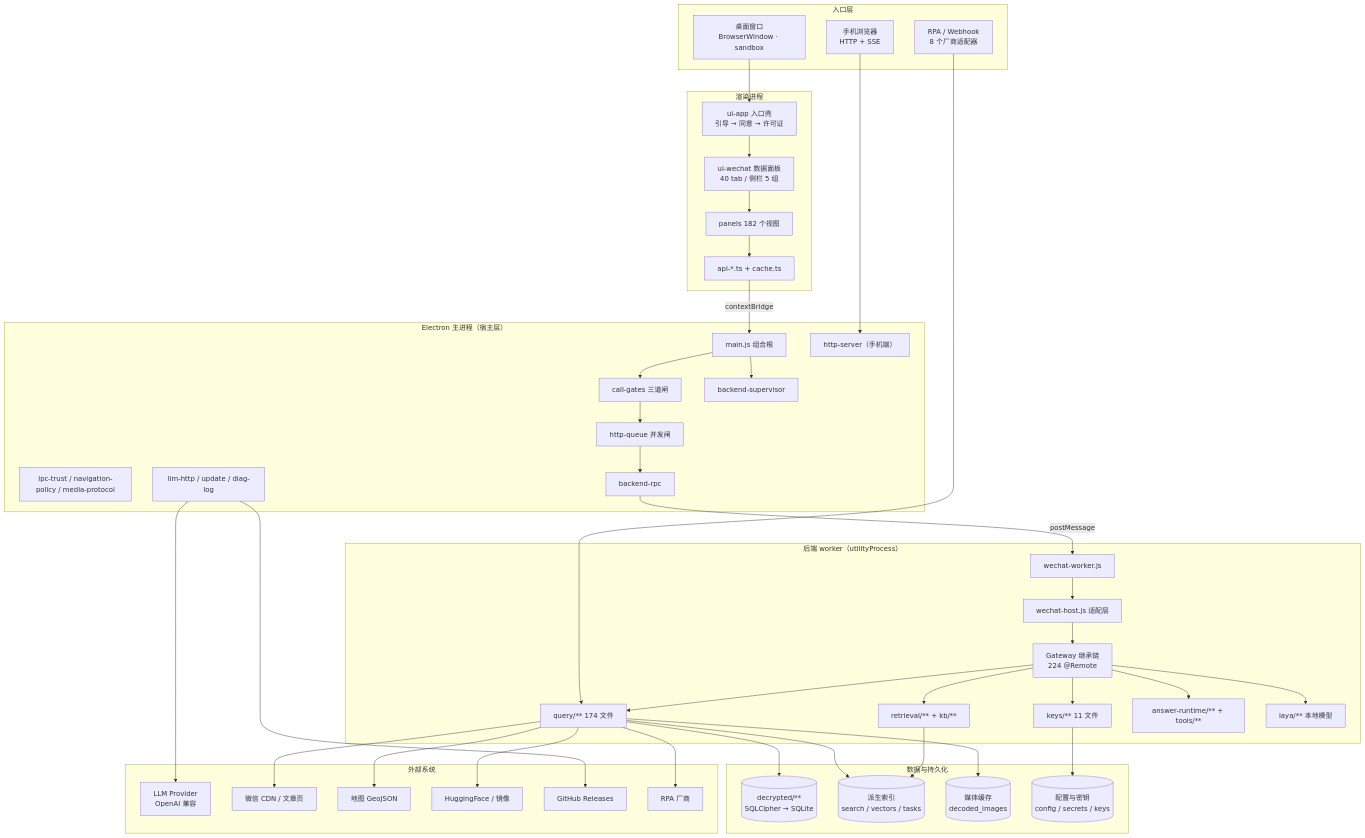
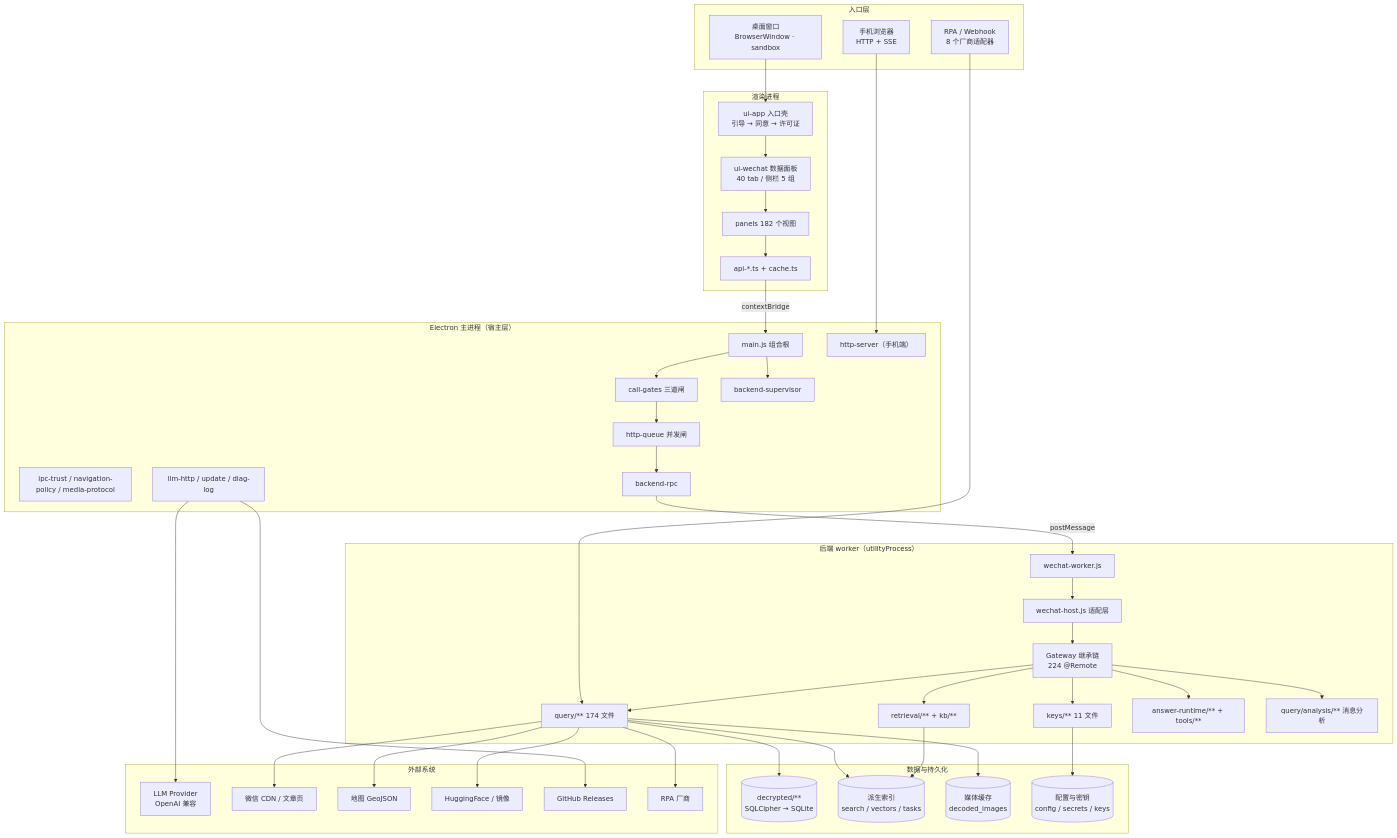
The diagram in docs/architecture/architecture.mmd (RASH-xiaowang/super_time), drawn with Mermaid before and after one commit. The commit also changed 292 other files, not shown here.

```diff
--- a/docs/architecture/architecture.mmd
+++ b/docs/architecture/architecture.mmd
@@ -1,79 +1,79 @@
 %% Super Time 系统架构（Mermaid 源文件 · 可移植版本）
 %% 与 system-architecture.svg 同源：改这里请同步改 gen-arch.py
 flowchart TB
   subgraph ENTRY["入口层"]
     W1["桌面窗口<br/>BrowserWindow · sandbox"]
     W2["手机浏览器<br/>HTTP + SSE"]
     W3["RPA / Webhook<br/>8 个厂商适配器"]
   end
 
   subgraph RENDERER["渲染进程"]
     R1["ui-app 入口壳<br/>引导 → 同意 → 许可证"]
     R2["ui-wechat 数据面板<br/>40 tab / 侧栏 5 组"]
     R3["panels 182 个视图"]
     R4["api-*.ts + cache.ts"]
   end
 
   subgraph MAIN["Electron 主进程（宿主层）"]
     M1["main.js 组合根"]
     M2["ipc-trust / navigation-policy / media-protocol"]
     M3["call-gates 三道闸"]
     M4["http-queue 并发闸"]
     M5["backend-rpc"]
     M6["backend-supervisor"]
     M7["llm-http / update / diag-log"]
     M8["http-server（手机端）"]
   end
 
   subgraph WORKER["后端 worker（utilityProcess）"]
     K1["wechat-worker.js"]
     K2["wechat-host.js 适配层"]
     K3["Gateway 继承链<br/>224 @Remote"]
     K4["query/** 174 文件"]
     K5["keys/** 11 文件"]
     K6["retrieval/** + kb/**"]
     K7["answer-runtime/** + tools/**"]
-    K8["laya/** 本地模型"]
+    K8["query/analysis/** 消息分析"]
   end
 
   subgraph DATA["数据与持久化"]
     D1[("decrypted/**<br/>SQLCipher → SQLite")]
     D2[("派生索引<br/>search / vectors / tasks")]
     D3[("媒体缓存<br/>decoded_images")]
     D4[("配置与密钥<br/>config / secrets / keys")]
   end
 
   subgraph EXTERNAL["外部系统"]
     E1["LLM Provider<br/>OpenAI 兼容"]
     E2["微信 CDN / 文章页"]
     E3["地图 GeoJSON"]
     E4["HuggingFace / 镜像"]
     E5["GitHub Releases"]
     E6["RPA 厂商"]
   end
 
   W1 --> R1
   W2 --> M8
   W3 --> K4
   R1 --> R2 --> R3 --> R4
   R4 -->|"contextBridge"| M1
   M1 --> M3 --> M4 --> M5
   M5 -->|"postMessage"| K1
   K1 --> K2 --> K3
   K3 --> K4
   K3 --> K5
   K3 --> K6
   K3 --> K7
   K3 --> K8
   K4 --> D1
   K4 --> D2
   K4 --> D3
   K5 --> D4
   K6 --> D2
   M1 --> M6
   M7 --> E1
   M7 --> E5
   K4 --> E2
   K4 --> E3
   K4 --> E4
   K4 --> E6
```
